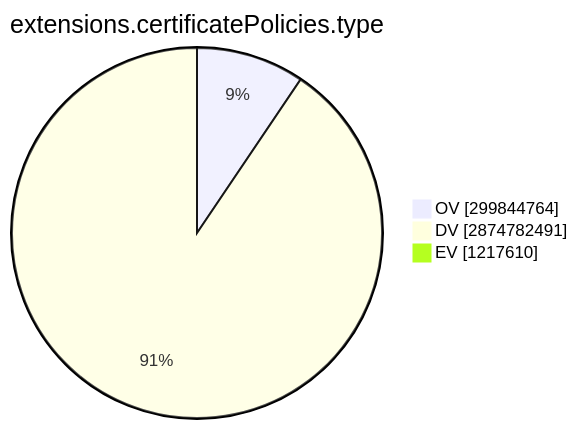
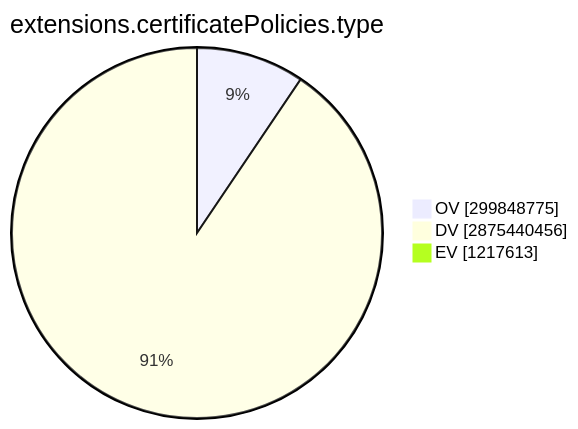
The ninth of 15 diagrams in TOTAL/README.md (christiankrug/ctmonitor_visualization), drawn with Mermaid before and after one commit. The commit also changed other lines of this file, not shown here.

````diff
--- a/TOTAL/README.md
+++ b/TOTAL/README.md
@@ -3101,7 +3101,7 @@
 ```mermaid
 pie showData
 title extensions.certificatePolicies.type
-"OV" :299844764
-"DV" :2874782491
-"EV" :1217610
+"OV" :299848775
+"DV" :2875440456
+"EV" :1217613
 ```
````
